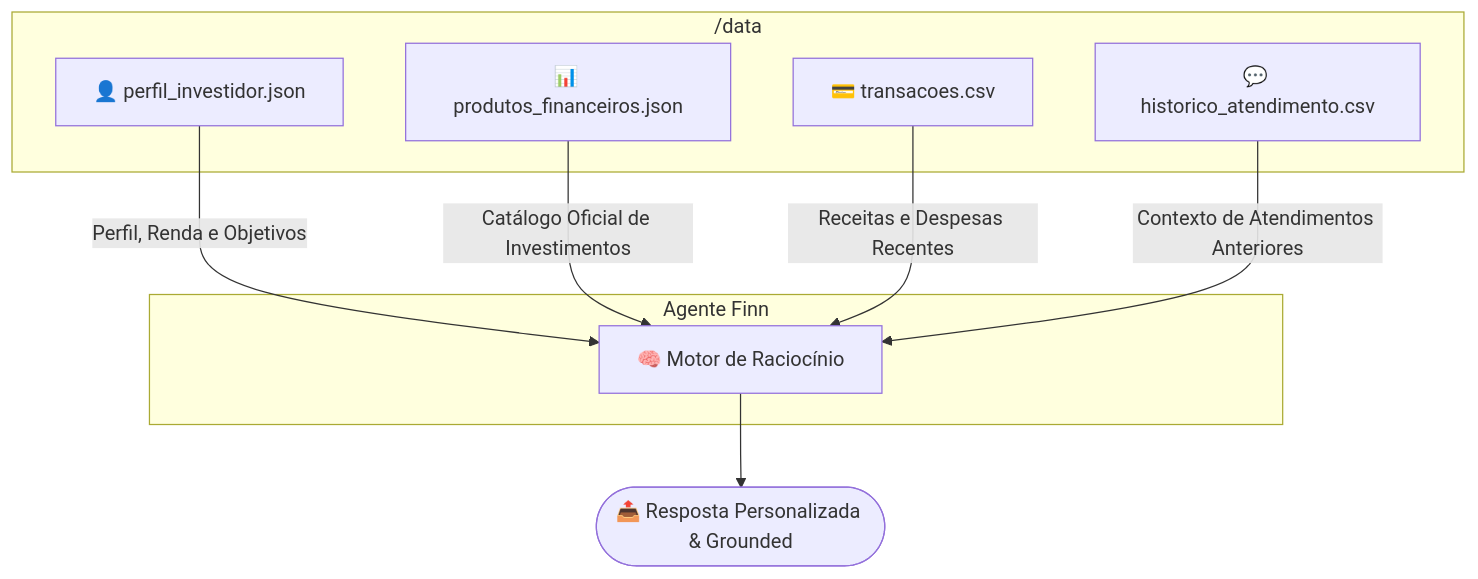
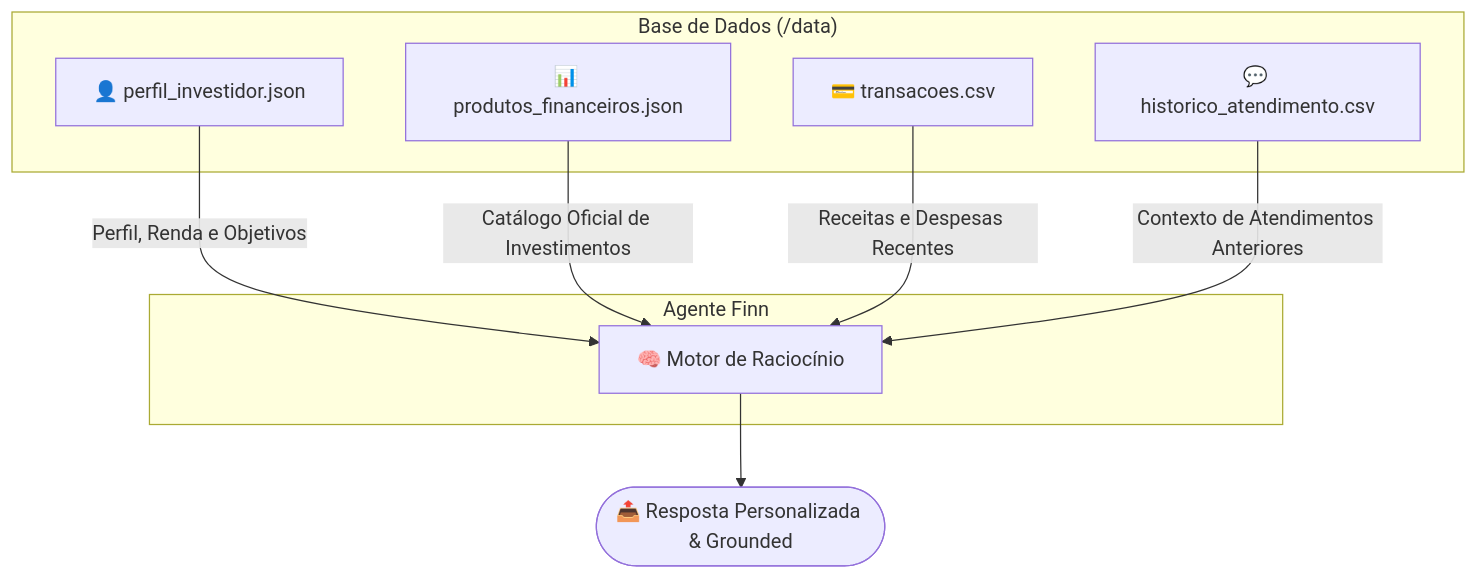
One commit to Mister-N-Oliveira/dio-lab-bia-do-futuro changed the first of 2 diagrams in docs/02-base-conhecimento.md. Above: the diagram before and after it, drawn with Mermaid. The commit also changed other lines of this file, not shown here.

````diff
--- a/docs/02-base-conhecimento.md
+++ b/docs/02-base-conhecimento.md
@@ -12,20 +12,20 @@
 ```mermaid
 graph TD
-    subgraph Base de Dados ["/data"]
-        PI[👤 perfil_investidor.json]
-        PF[📊 produtos_financeiros.json]
-        TR[💳 transacoes.csv]
-        HA[💬 historico_atendimento.csv]
+    subgraph Data["Base de Dados (/data)"]
+        PI["👤 perfil_investidor.json"]
+        PF["📊 produtos_financeiros.json"]
+        TR["💳 transacoes.csv"]
+        HA["💬 historico_atendimento.csv"]
     end
 
-    subgraph Agente Finn
-        Engine[🧠 Motor de Raciocínio]
+    subgraph Finn["Agente Finn"]
+        Engine["🧠 Motor de Raciocínio"]
     end
 
     PI -->|Perfil, Renda e Objetivos| Engine
     PF -->|Catálogo Oficial de Investimentos| Engine
     TR -->|Receitas e Despesas Recentes| Engine
     HA -->|Contexto de Atendimentos Anteriores| Engine
 
-    Engine --> Output([📤 Resposta Personalizada & Grounded])
+    Engine --> Output(["📤 Resposta Personalizada & Grounded"])
 ```
````
